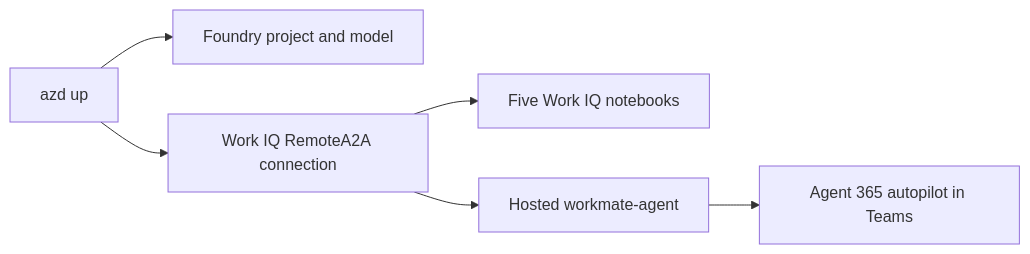
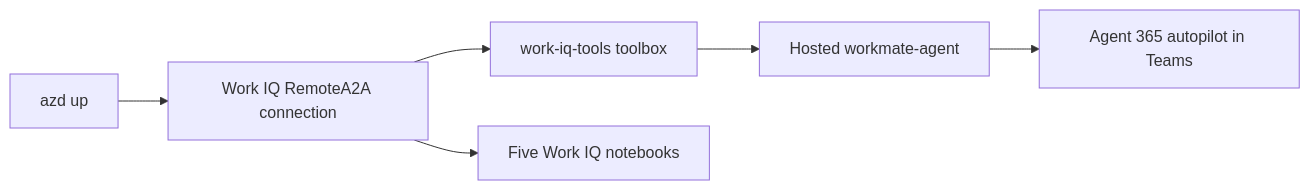
The diagram in README.md (aycabas/iqdeepdive-workiq), drawn with Mermaid before and after one commit. The commit also changed other lines of this file and 42 other files, not shown here.

First line of the commit message:
Refactor hosted agent to Pamela's clean Work IQ toolbox pattern

````diff
--- a/README.md
+++ b/README.md
@@ -20,8 +21,8 @@
 ```mermaid
 flowchart LR
-  azd[azd up] --> foundry[Foundry project and model]
-  azd --> conn[Work IQ RemoteA2A connection]
+  azd[azd up] --> conn[Work IQ RemoteA2A connection]
+  conn --> toolbox[work-iq-tools toolbox]
+  toolbox --> agent[Hosted workmate-agent]
   conn --> notebooks[Five Work IQ notebooks]
-  conn --> agent[Hosted workmate-agent]
   agent --> teams[Agent 365 autopilot in Teams]
 ```
````
